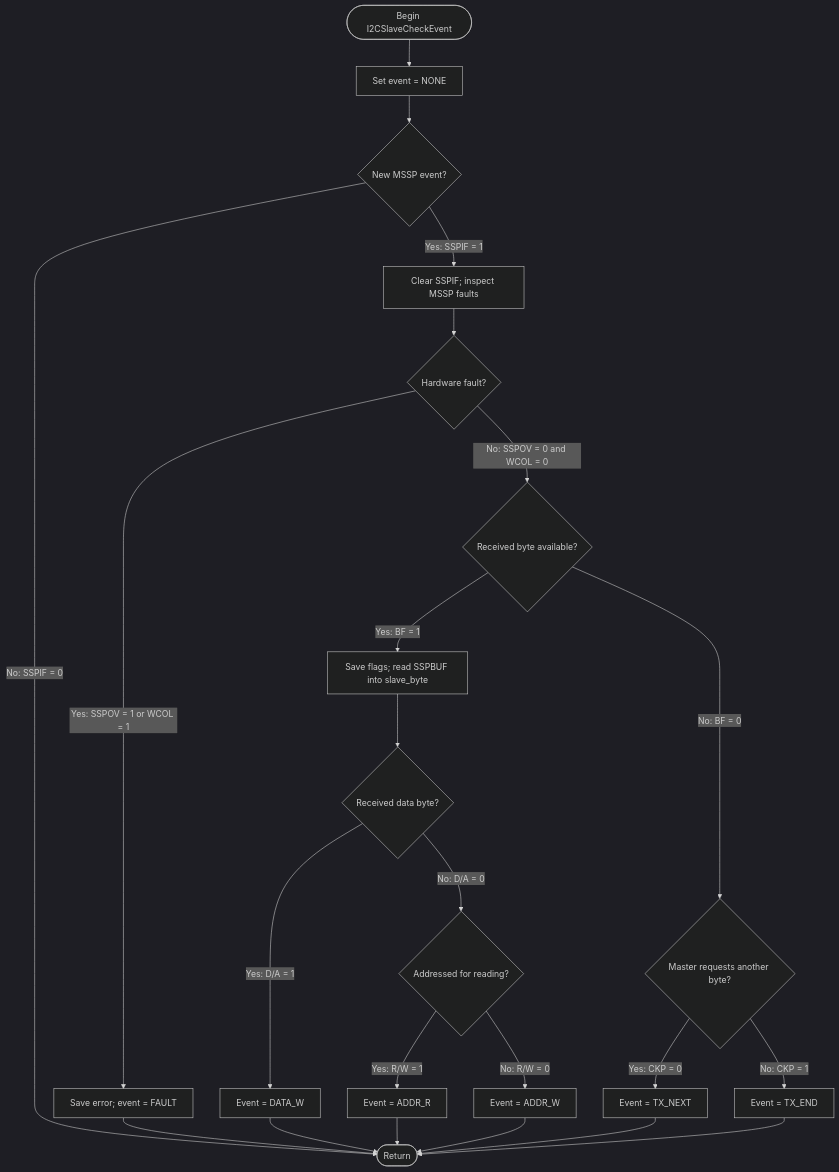
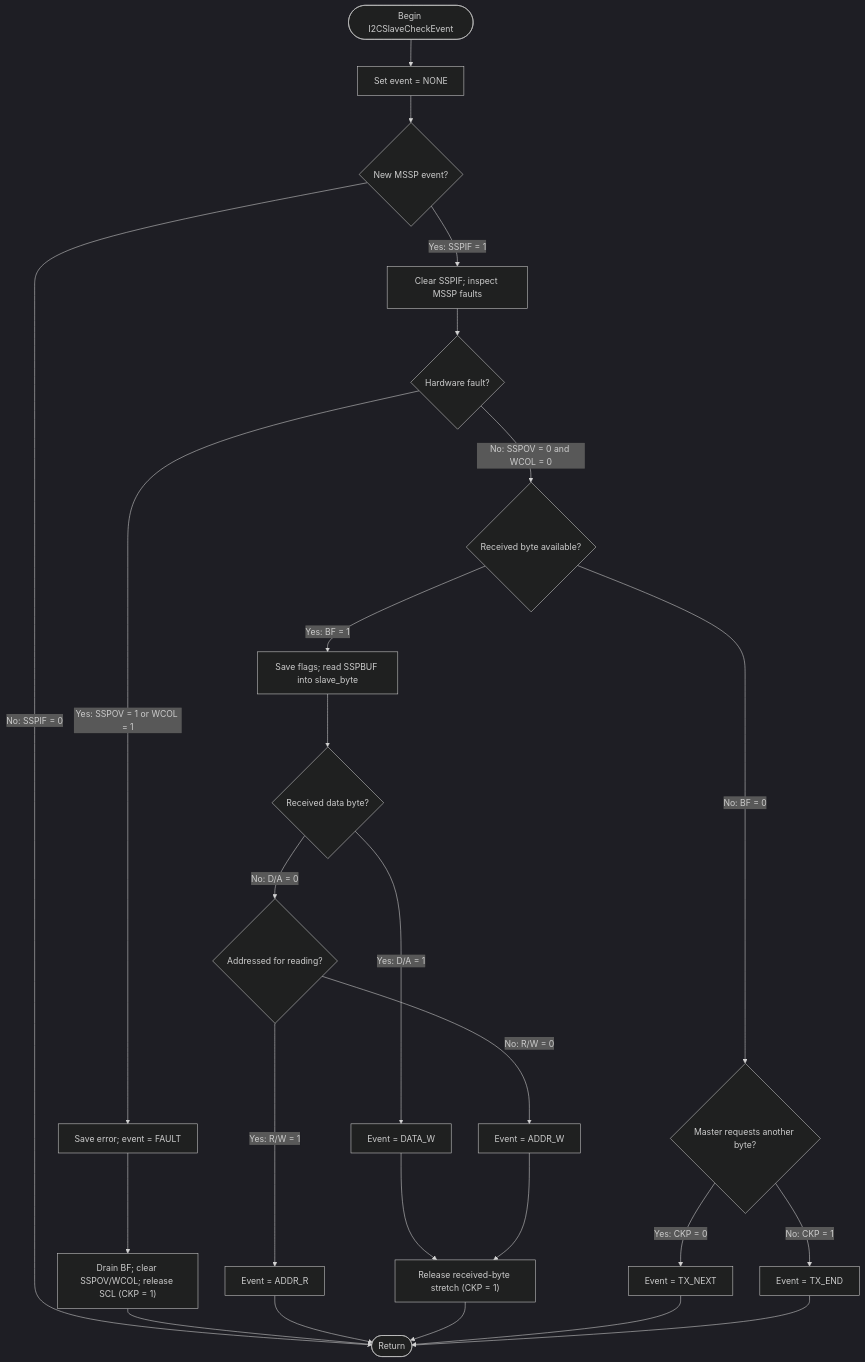
The third of 10 diagrams in LabAssignments/support/Lab10-I2C-Slave-Three-Level-Student-Guide.md (rosstimo/RCET3375), drawn with Mermaid (dark theme) before and after one commit. The commit also changed other lines of this file, not shown here.

Commit message:
Align slave student guide with receive stretching without verification history

````diff
--- a/LabAssignments/support/Lab10-I2C-Slave-Three-Level-Student-Guide.md
+++ b/LabAssignments/support/Lab10-I2C-Slave-Three-Level-Student-Guide.md
@@ -114,32 +114,34 @@
 ```mermaid
 flowchart TD
     Begin(["Begin I2CSlaveCheckEvent"]) --> Reset["Set event = NONE"]
     Reset --> Pending{"New MSSP event?"}
 
     Pending -->|"No: SSPIF = 0"| Exit(["Return"])
     Pending -->|"Yes: SSPIF = 1"| Clear["Clear SSPIF; inspect MSSP faults"]
 
     Clear --> Fault{"Hardware fault?"}
     Fault -->|"Yes: SSPOV = 1 or WCOL = 1"| SaveFault["Save error; event = FAULT"]
     Fault -->|"No: SSPOV = 0 and WCOL = 0"| Buffer{"Received byte available?"}
 
     Buffer -->|"Yes: BF = 1"| Read["Save flags; read SSPBUF into slave_byte"]
     Buffer -->|"No: BF = 0"| Clock{"Master requests another byte?"}
 
     Read --> Data{"Received data byte?"}
     Data -->|"Yes: D/A = 1"| WriteData["Event = DATA_W"]
     Data -->|"No: D/A = 0"| Direction{"Addressed for reading?"}
 
     Direction -->|"Yes: R/W = 1"| ReadAddress["Event = ADDR_R"]
     Direction -->|"No: R/W = 0"| WriteAddress["Event = ADDR_W"]
 
     Clock -->|"Yes: CKP = 0"| Next["Event = TX_NEXT"]
     Clock -->|"No: CKP = 1"| End["Event = TX_END"]
 
-    SaveFault --> Exit
-    WriteData --> Exit
+    SaveFault --> FaultRelease["Drain BF; clear SSPOV/WCOL; release SCL (CKP = 1)"]
+    FaultRelease --> Exit
+    WriteData --> ReceiveRelease["Release received-byte stretch (CKP = 1)"]
     ReadAddress --> Exit
-    WriteAddress --> Exit
+    WriteAddress --> ReceiveRelease
+    ReceiveRelease --> Exit
     Next --> Exit
     End --> Exit
 ```
````
